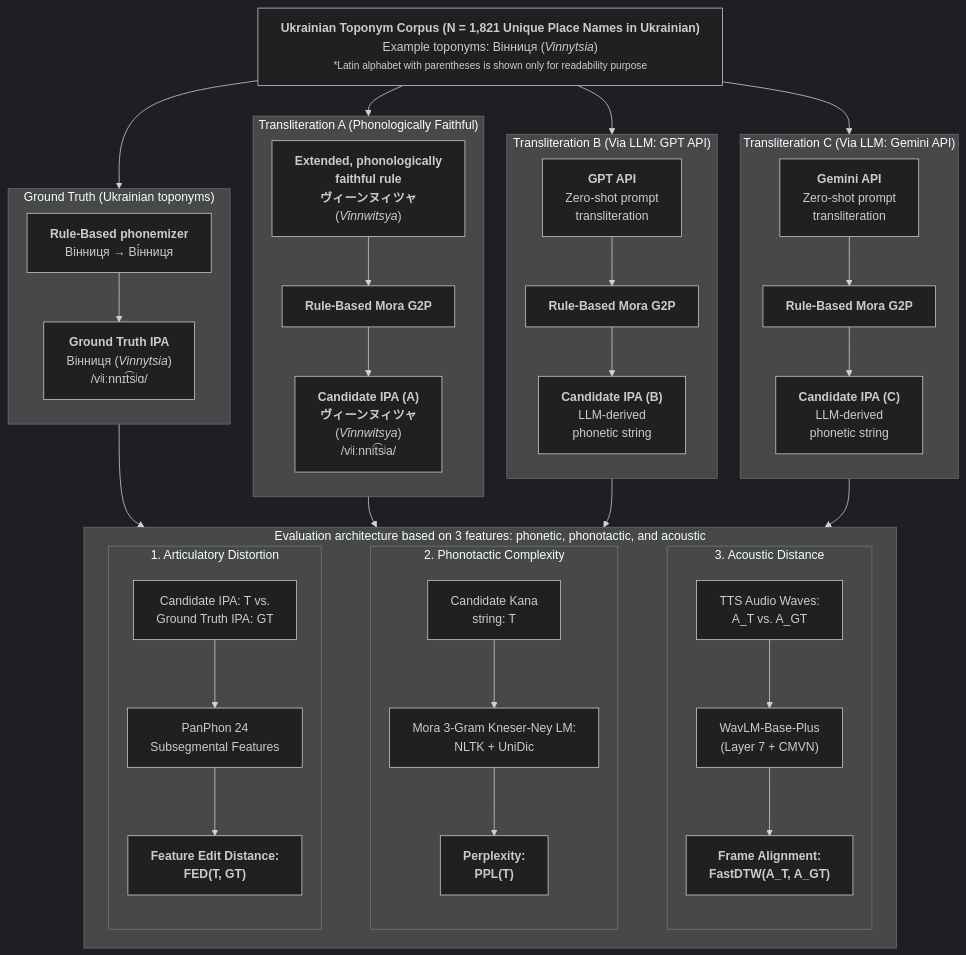
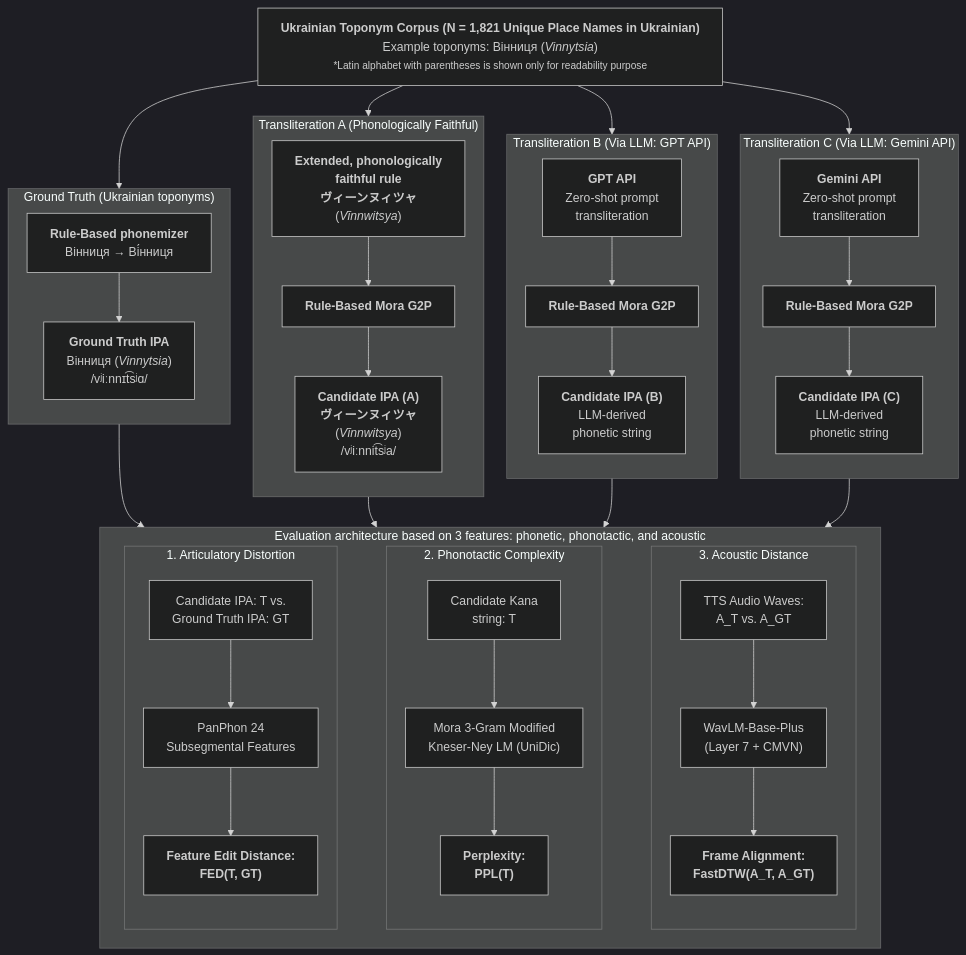
One commit to katsufu/ukrainian-toponym-japanese-transliteration changed the diagram in README.md. Above: the diagram before and after it, drawn with Mermaid (dark theme). The commit also changed other lines of this file and 8 other files, not shown here.

````diff
--- a/README.md
+++ b/README.md
@@ -28,75 +28,75 @@
 ```mermaid
 %%{init: {'flowchart': {'wrappingWidth': 650, 'nodeSpacing': 30, 'rankSpacing': 40}}}%%
 flowchart TD
     TOP["<b>Ukrainian Toponym Corpus (N = 1,821 Unique Place Names in Ukrainian)</b><br/>Example toponyms: Вінниця (<i>Vinnytsia</i>)<br/><small>*Latin alphabet with parentheses is shown only for readability purpose</small>"]
 
     subgraph COL1 ["Ground Truth (Ukrainian toponyms)"]
         direction TB
         C1_S1["<b>Rule-Based phonemizer</b><br/>Вінниця → Ві́нниця"]
         C1_S2["<b>Ground Truth IPA</b><br/>Вінниця (<i>Vinnytsia</i>)<br/>/vʲiːnnɪt͡sʲɑ/"]
         C1_S1 --> C1_S2
     end
 
     subgraph COL2 ["Transliteration A (Phonologically Faithful)"]
         direction TB
         C2_S1["<b>Extended, phonologically<br/>faithful rule</b><br/><b>ヴィーンヌィツャ</b><br/>(<i>Vīnnwitsya</i>)"]
         C2_S2["<b>Rule-Based Mora G2P</b>"]
         C2_S3["<b>Candidate IPA (A)</b><br/><b>ヴィーンヌィツャ</b><br/>(<i>Vīnnwitsya</i>)<br/>/vʲiːnnit͡sʲa/"]
         C2_S1 --> C2_S2 --> C2_S3
     end
 
     subgraph COL3 ["Transliteration B (Via LLM: GPT API)"]
         direction TB
         C3_S1["<b>GPT API</b><br/>Zero-shot prompt<br/>transliteration"]
         C3_S2["<b>Rule-Based Mora G2P</b>"]
         C3_S3["<b>Candidate IPA (B)</b><br/>LLM-derived<br/>phonetic string"]
         C3_S1 --> C3_S2 --> C3_S3
     end
 
     subgraph COL4 ["Transliteration C (Via LLM: Gemini API)"]
         direction TB
         C4_S1["<b>Gemini API</b><br/>Zero-shot prompt<br/>transliteration"]
         C4_S2["<b>Rule-Based Mora G2P</b>"]
         C4_S3["<b>Candidate IPA (C)</b><br/>LLM-derived<br/>phonetic string"]
         C4_S1 --> C4_S2 --> C4_S3
     end
 
     subgraph EVAL ["Evaluation architecture based on 3 features: phonetic, phonotactic, and acoustic"]
         direction LR
         subgraph E1 ["1. Articulatory Distortion"]
             direction TB
             E1_S1["Candidate IPA: T vs.<br/>Ground Truth IPA: GT"]
             E1_S2["PanPhon 24<br/>Subsegmental Features"]
             E1_S3["<b>Feature Edit Distance:<br/>FED(T, GT)</b>"]
             E1_S1 --> E1_S2 --> E1_S3
         end
 
         subgraph E2 ["2. Phonotactic Complexity"]
             direction TB
             E2_S1["Candidate Kana<br/>string: T"]
-            E2_S2["Mora 3-Gram Kneser-Ney LM:<br/>NLTK + UniDic"]
+            E2_S2["Mora 3-Gram Modified<br/>Kneser-Ney LM (UniDic)"]
             E2_S3["<b>Perplexity:<br/>PPL(T)</b>"]
             E2_S1 --> E2_S2 --> E2_S3
         end
 
         subgraph E3 ["3. Acoustic Distance"]
             direction TB
             E3_S1["TTS Audio Waves:<br/>A_T vs. A_GT"]
             E3_S2["WavLM-Base-Plus<br/>(Layer 7 + CMVN)"]
             E3_S3["<b>Frame Alignment:<br/>FastDTW(A_T, A_GT)</b>"]
             E3_S1 --> E3_S2 --> E3_S3
         end
 
         E1 ~~~ E2 ~~~ E3
     end
 
     TOP --> COL1
     TOP --> COL2
     TOP --> COL3
     TOP --> COL4
 
     COL1 --> EVAL
     COL2 --> EVAL
     COL3 --> EVAL
     COL4 --> EVAL
 ```
````
